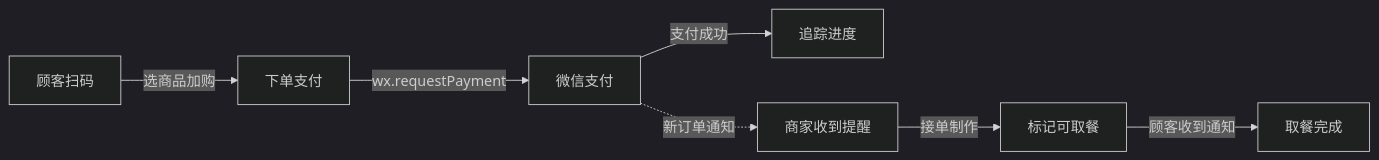
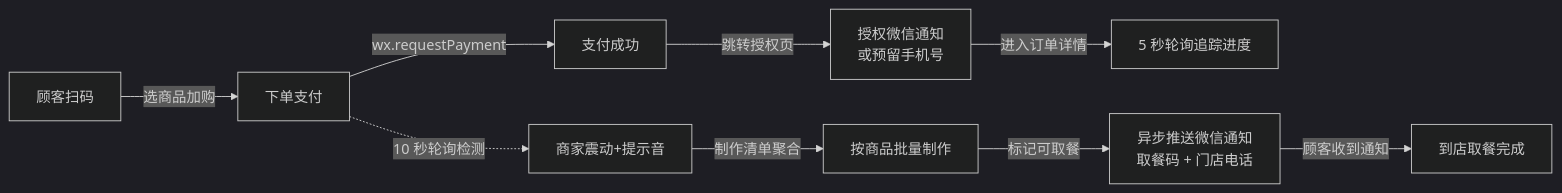
The first of 4 diagrams in README.md (zip-Wu/tasty_bakery), drawn with Mermaid (dark theme) before and after one commit. The commit also changed other lines of this file and 8 other files, not shown here.

````diff
--- a/README.md
+++ b/README.md
@@ -31,10 +32,12 @@
 ```mermaid
 flowchart LR
     A[顾客扫码] -->|选商品加购| B[下单支付]
-    B -->|wx.requestPayment| C[微信支付]
-    C -->|支付成功| D[追踪进度]
+    B -->|wx.requestPayment| C[支付成功]
+    C -->|跳转授权页| D[授权微信通知<br/>或预留手机号]
+    D -->|进入订单详情| E[5 秒轮询追踪进度]
 
-    C -.->|新订单通知| F[商家收到提醒]
-    F -->|接单制作| G[标记可取餐]
-    G -->|顾客收到通知| H[取餐完成]
+    B -.->|10 秒轮询检测| F[商家震动+提示音]
+    F -->|制作清单聚合| G[按商品批量制作]
+    G -->|标记可取餐| H[异步推送微信通知<br/>取餐码 + 门店电话]
+    H -->|顾客收到通知| I[到店取餐完成]
 ```
````
